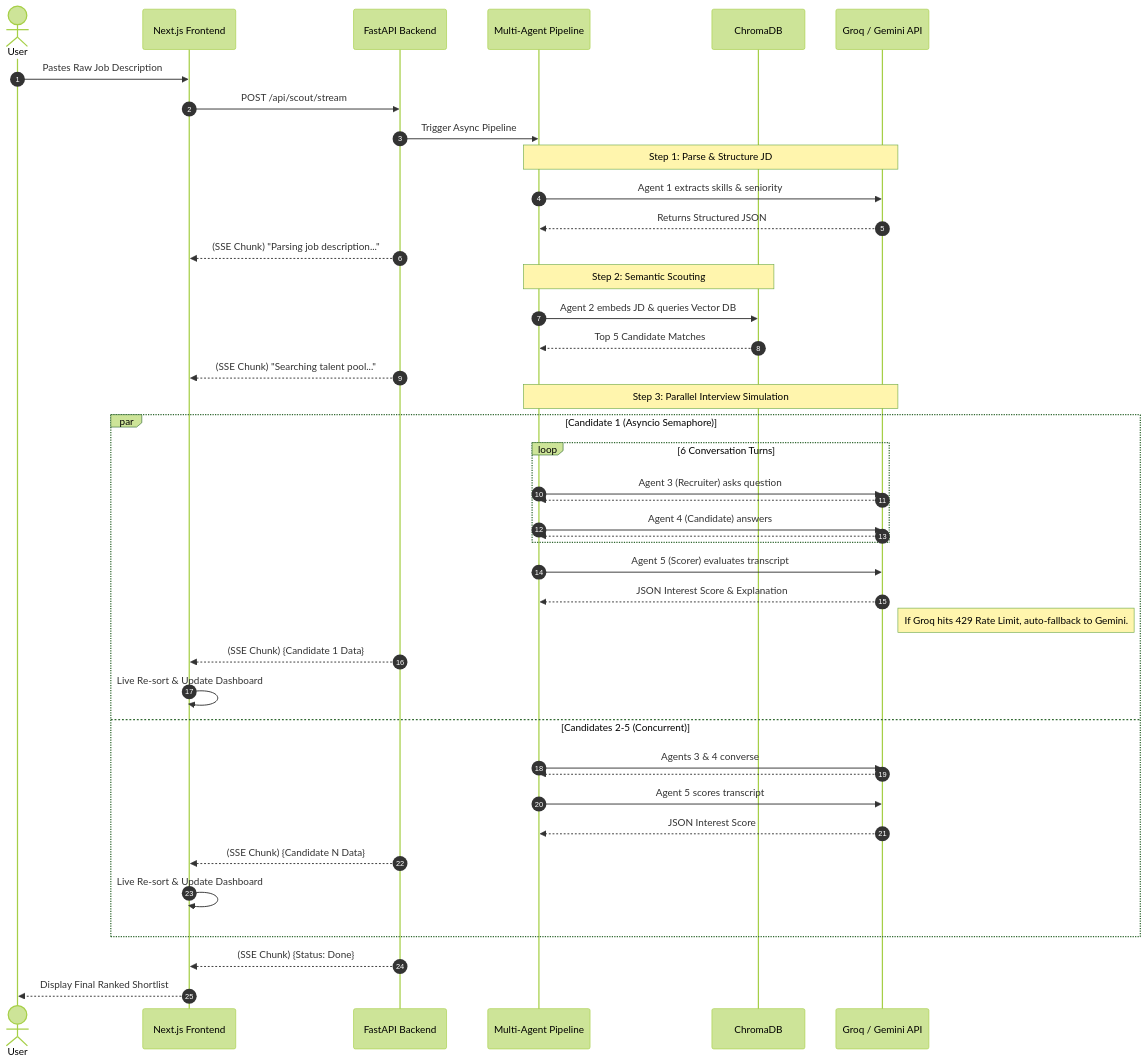
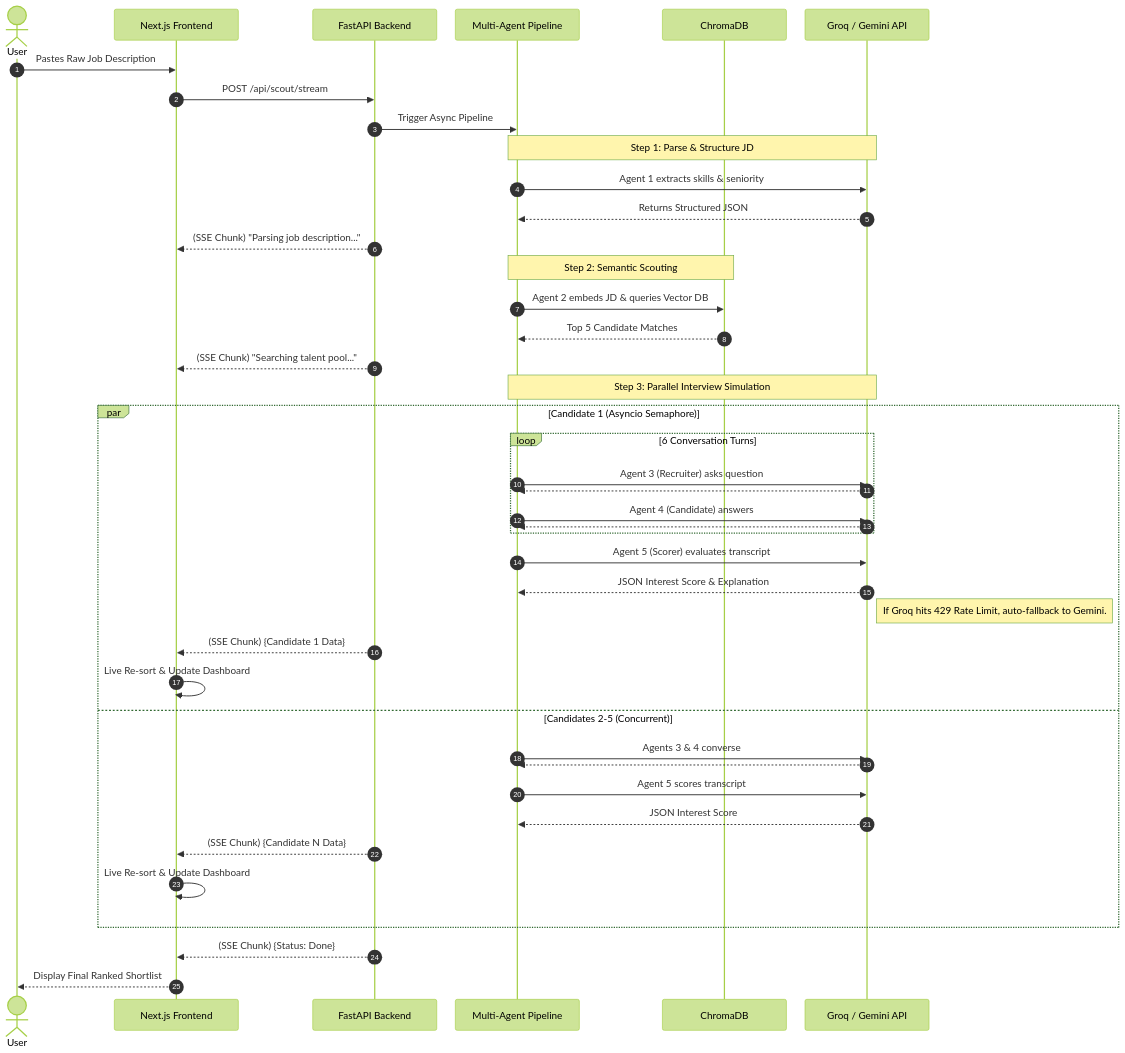
One commit to Tejayadagani/TalentHunt changed the diagram in ARCHITECTURE.md. Above: the diagram before and after it, drawn with Mermaid (forest theme).

Commit message:
docs: adjust mermaid diagram spacing and box sizes

````diff
--- a/ARCHITECTURE.md
+++ b/ARCHITECTURE.md
@@ -7,53 +7,54 @@
 ```mermaid
+%%{init: { 'sequence': { 'actorMargin': 30, 'width': 200, 'height': 50, 'messageMargin': 40 } } }%%
 sequenceDiagram
     autonumber
     actor User
     participant UI as Next.js Frontend
     participant API as FastAPI Backend
     participant Agents as Multi-Agent Pipeline
     participant DB as ChromaDB
     participant LLM as Groq / Gemini API
 
     User->>UI: Pastes Raw Job Description
     UI->>API: POST /api/scout/stream
     
     API->>Agents: Trigger Async Pipeline
     
     %% Step 1
     Note over Agents,LLM: Step 1: Parse & Structure JD
     Agents->>LLM: Agent 1 extracts skills & seniority
     LLM-->>Agents: Returns Structured JSON
     API-->>UI: (SSE Chunk) "Parsing job description..."
     
     %% Step 2
     Note over Agents,DB: Step 2: Semantic Scouting
     Agents->>DB: Agent 2 embeds JD & queries Vector DB
     DB-->>Agents: Top 5 Candidate Matches
     API-->>UI: (SSE Chunk) "Searching talent pool..."
     
     %% Step 3
     Note over Agents,LLM: Step 3: Parallel Interview Simulation
     par Candidate 1 (Asyncio Semaphore)
         loop 6 Conversation Turns
             Agents->>LLM: Agent 3 (Recruiter) asks question
             LLM-->>Agents: 
             Agents->>LLM: Agent 4 (Candidate) answers
             LLM-->>Agents: 
         end
         Agents->>LLM: Agent 5 (Scorer) evaluates transcript
         LLM-->>Agents: JSON Interest Score & Explanation
         Note right of LLM: If Groq hits 429 Rate Limit, auto-fallback to Gemini.
         API-->>UI: (SSE Chunk) {Candidate 1 Data}
         UI->>UI: Live Re-sort & Update Dashboard
     and Candidates 2-5 (Concurrent)
         Agents->>LLM: Agents 3 & 4 converse
         LLM-->>Agents: 
         Agents->>LLM: Agent 5 scores transcript
         LLM-->>Agents: JSON Interest Score
         API-->>UI: (SSE Chunk) {Candidate N Data}
         UI->>UI: Live Re-sort & Update Dashboard
     end
 
     API-->>UI: (SSE Chunk) {Status: Done}
     UI-->>User: Display Final Ranked Shortlist
 ```
````
